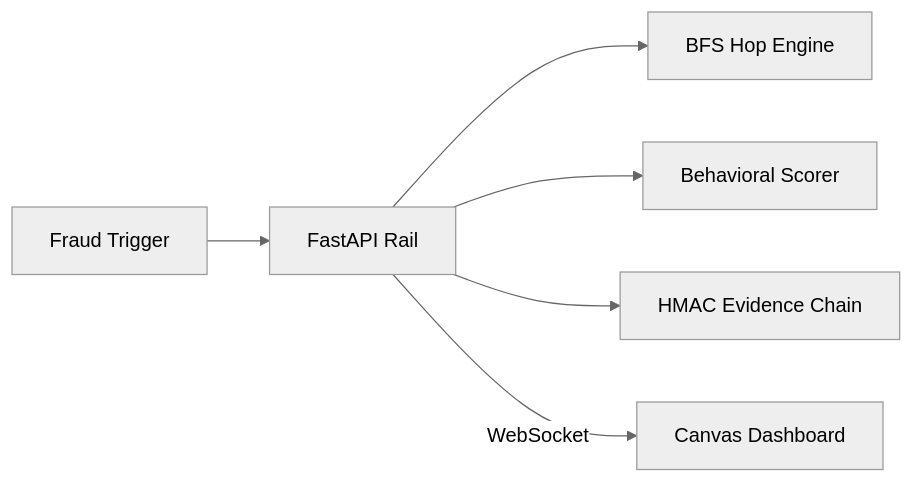
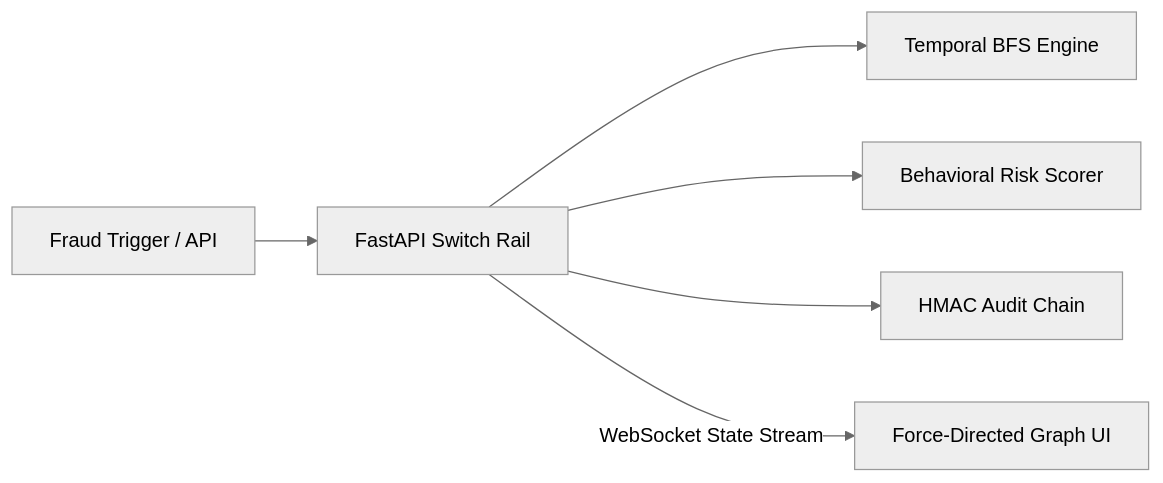
Before and after one commit to medwinjose/TraceFlux: the diagram in README.md, drawn with Mermaid (neutral theme). The commit also changed other lines of this file and 8 other files, not shown here.

````diff
--- a/README.md
+++ b/README.md
@@ -25,8 +29,8 @@
 ```mermaid
 graph LR
-    FraudReport[Fraud Trigger] --> FastAPI[FastAPI Rail]
-    FastAPI --> GraphEngine[BFS Hop Engine]
-    FastAPI --> Scorer[Behavioral Scorer]
-    FastAPI --> HashChain[HMAC Evidence Chain]
-    FastAPI -->|WebSocket| ReactUI[Canvas Dashboard]
+    Trigger[Fraud Trigger / API] --> Switch[FastAPI Switch Rail]
+    Switch --> BFS[Temporal BFS Engine]
+    Switch --> Scorer[Behavioral Risk Scorer]
+    Switch --> Ledger[HMAC Audit Chain]
+    Switch -->|WebSocket State Stream| UI[Force-Directed Graph UI]
 ```
````
